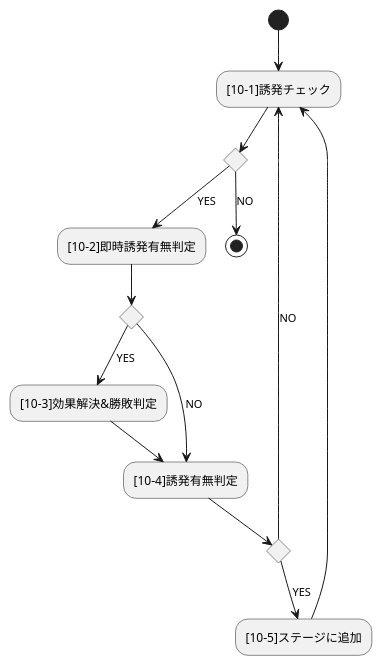
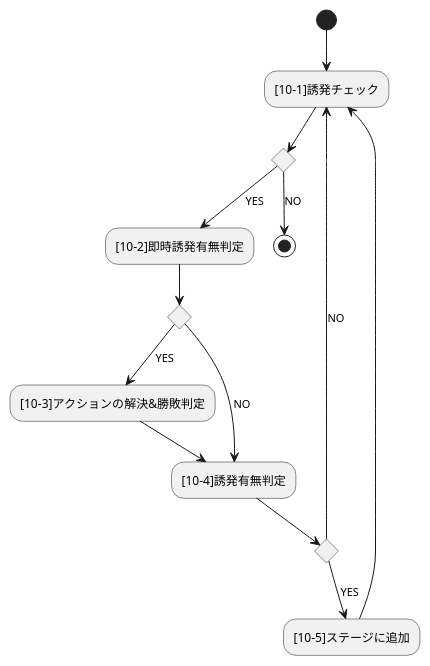
The diagram in source/core/triggerflow.puml (BlackPoker/BlackPoker), drawn with PlantUML before and after one commit. The commit also changed 6 other files, not shown here.

```diff
--- a/source/core/triggerflow.puml
+++ b/source/core/triggerflow.puml
@@ -1,24 +1,24 @@
 @startuml
 (*) --> "[10-1]誘発チェック"
 
 if "" then
     -->[YES] "[10-2]即時誘発有無判定"
     if "" then
-        -->[YES] "[10-3]効果解決&勝敗判定"
+        -->[YES] "[10-3]アクションの解決&勝敗判定"
         --> "[10-4]誘発有無判定"
     else
         -->[NO] "[10-4]誘発有無判定"
     endif
 
     if "" then
         -->[YES] "[10-5]ステージに追加"
         --> "[10-1]誘発チェック"
     else
         -->[NO] "[10-1]誘発チェック"
     endif
 
 else
     -->[NO] (*)
 endif
 
 @enduml
```
